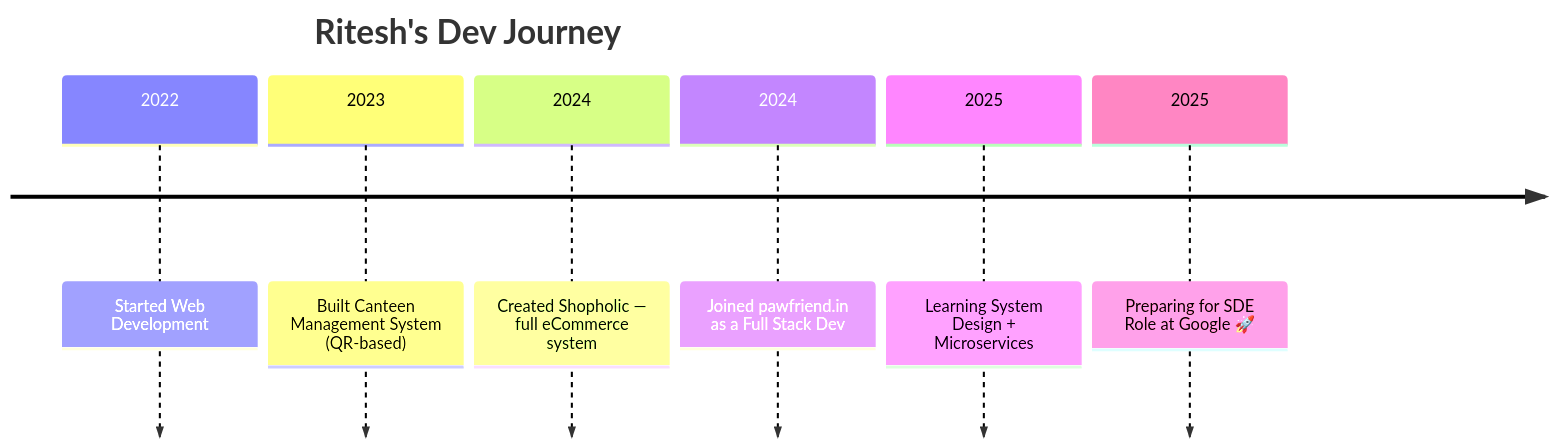
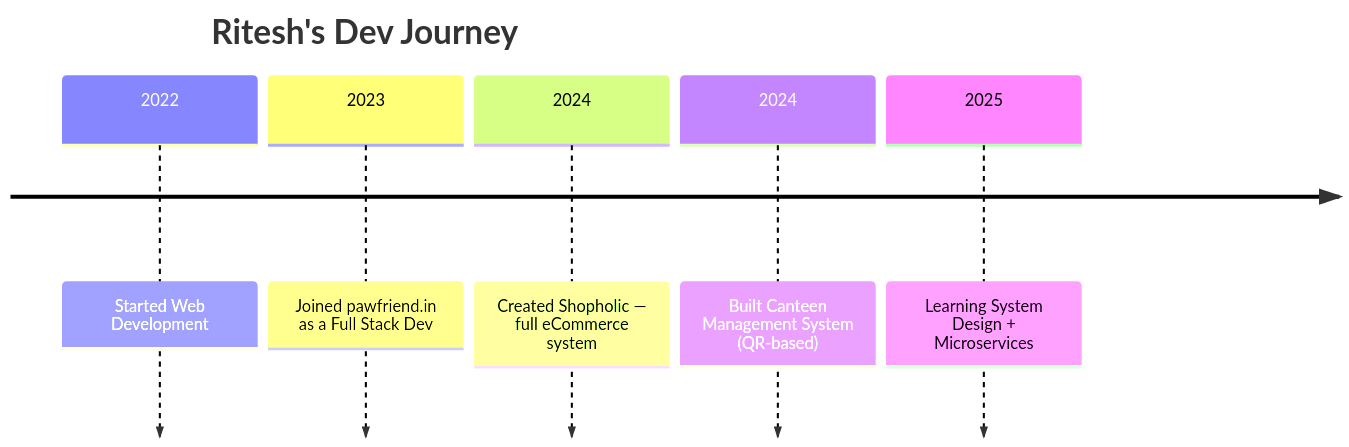
The diagram in README.md (Riteshyadavanshi/Riteshyadavanshi), drawn with Mermaid before and after one commit. The commit also changed other lines of this file, not shown here.

````diff
--- a/README.md
+++ b/README.md
@@ -28,10 +28,10 @@
 ```mermaid
 timeline
     title Ritesh's Dev Journey
     2022 : Started Web Development
-    2023 : Built Canteen Management System (QR-based)
+    2023 : Joined pawfriend.in as a Full Stack Dev
     2024 : Created Shopholic — full eCommerce system
-    2024 : Joined pawfriend.in as a Full Stack Dev
+    2024 : Built Canteen Management System (QR-based)
     2025 : Learning System Design + Microservices
-    2025 : Preparing for SDE Role at Google 🚀
+     
 ```
````
